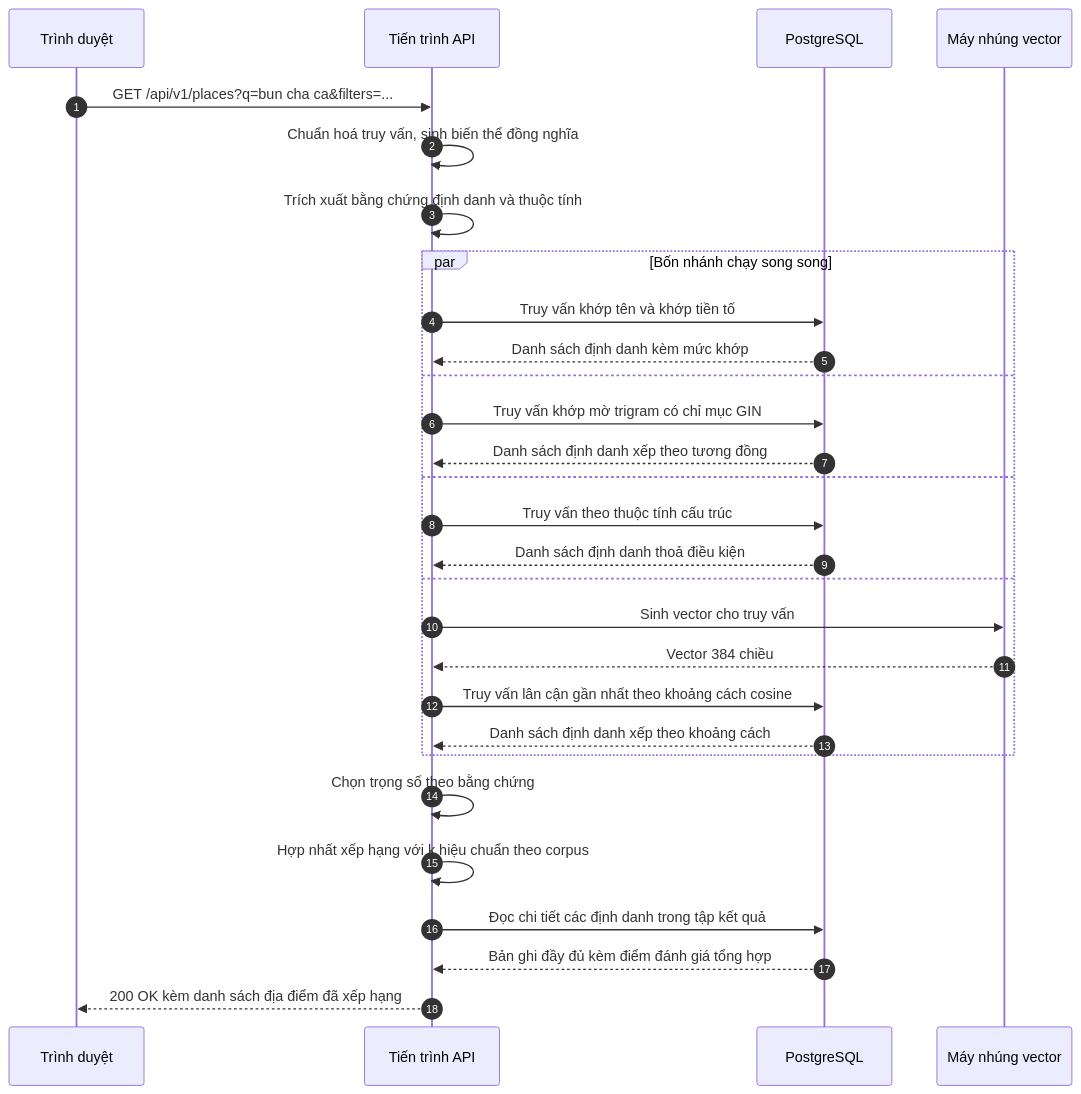
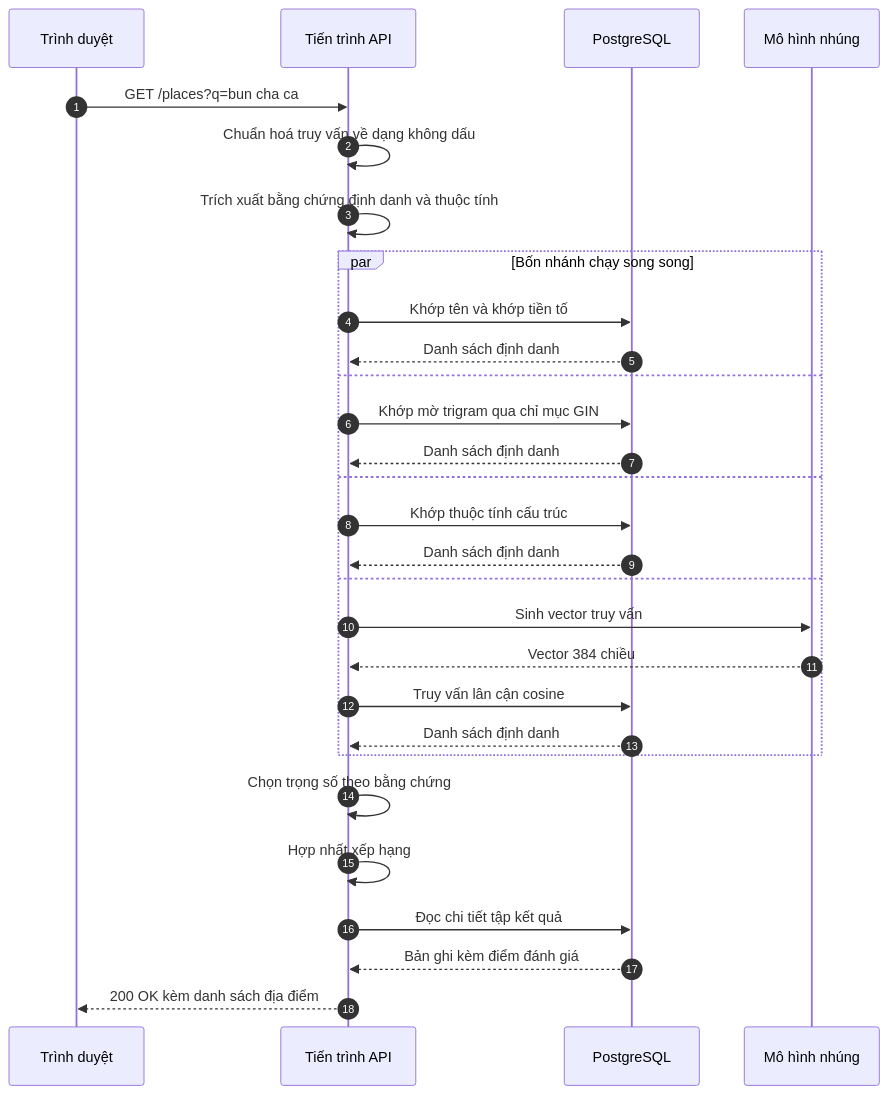
One commit to longqt321/Rendez-PBL6 changed the third of 13 diagrams in docs/bao-cao/BAO-CAO-DO-AN.md. Above: the diagram before and after it, drawn with Mermaid. The commit also changed other lines of this file and 6 other files, not shown here.

````diff
--- a/docs/bao-cao/BAO-CAO-DO-AN.md
+++ b/docs/bao-cao/BAO-CAO-DO-AN.md
@@ -737,34 +499,32 @@
 ```mermaid
 sequenceDiagram
     autonumber
     participant B as Trình duyệt
     participant A as Tiến trình API
     participant D as PostgreSQL
-    participant V as Máy nhúng vector
+    participant V as Mô hình nhúng
 
-    B->>A: GET /api/v1/places?q=bun cha ca&filters=...
-    A->>A: Chuẩn hoá truy vấn, sinh biến thể đồng nghĩa
+    B->>A: GET /places?q=bun cha ca
+    A->>A: Chuẩn hoá truy vấn về dạng không dấu
     A->>A: Trích xuất bằng chứng định danh và thuộc tính
-
     par Bốn nhánh chạy song song
-        A->>D: Truy vấn khớp tên và khớp tiền tố
-        D-->>A: Danh sách định danh kèm mức khớp
+        A->>D: Khớp tên và khớp tiền tố
+        D-->>A: Danh sách định danh
     and
-        A->>D: Truy vấn khớp mờ trigram có chỉ mục GIN
-        D-->>A: Danh sách định danh xếp theo tương đồng
+        A->>D: Khớp mờ trigram qua chỉ mục GIN
+        D-->>A: Danh sách định danh
     and
-        A->>D: Truy vấn theo thuộc tính cấu trúc
-        D-->>A: Danh sách định danh thoả điều kiện
+        A->>D: Khớp thuộc tính cấu trúc
+        D-->>A: Danh sách định danh
     and
-        A->>V: Sinh vector cho truy vấn
+        A->>V: Sinh vector truy vấn
         V-->>A: Vector 384 chiều
-        A->>D: Truy vấn lân cận gần nhất theo khoảng cách cosine
-        D-->>A: Danh sách định danh xếp theo khoảng cách
+        A->>D: Truy vấn lân cận cosine
+        D-->>A: Danh sách định danh
     end
-
     A->>A: Chọn trọng số theo bằng chứng
-    A->>A: Hợp nhất xếp hạng với k hiệu chuẩn theo corpus
-    A->>D: Đọc chi tiết các định danh trong tập kết quả
-    D-->>A: Bản ghi đầy đủ kèm điểm đánh giá tổng hợp
-    A-->>B: 200 OK kèm danh sách địa điểm đã xếp hạng
+    A->>A: Hợp nhất xếp hạng
+    A->>D: Đọc chi tiết tập kết quả
+    D-->>A: Bản ghi kèm điểm đánh giá
+    A-->>B: 200 OK kèm danh sách địa điểm
 ```
````
